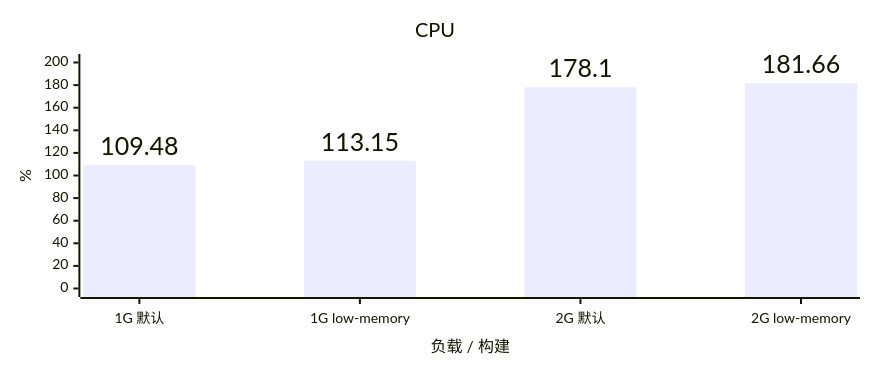
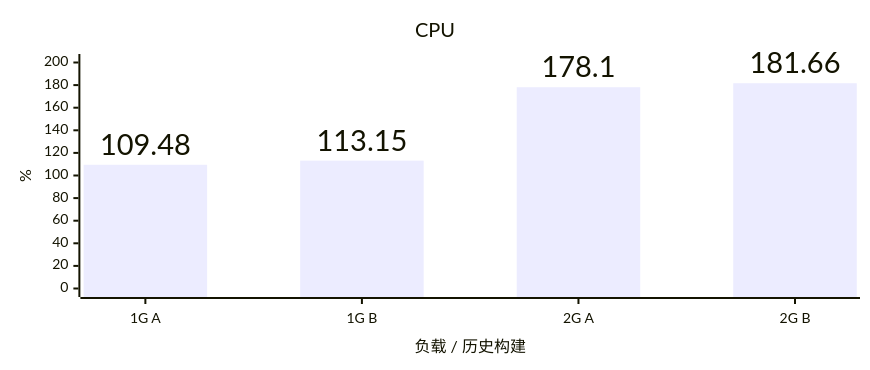
One commit to YuanDevTeam/Vole changed the second of 4 diagrams in docs/benchmark.md. Above: the diagram before and after it, drawn with Mermaid. The commit also changed other lines of this file and 14 other files, not shown here.

````diff
--- a/docs/benchmark.md
+++ b/docs/benchmark.md
@@ -31,15 +31,15 @@
 ```mermaid
 ---
 config:
   xyChart:
     width: 850
     height: 350
     showDataLabel: true
     showDataLabelOutsideBar: true
 ---
 xychart
     title "CPU"
-    x-axis "负载 / 构建" ["1G 默认", "1G low-memory", "2G 默认", "2G low-memory"]
+    x-axis "负载 / 历史构建" ["1G A", "1G B", "2G A", "2G B"]
     y-axis "%" 0 --> 200
     bar [109.48, 113.15, 178.10, 181.66]
 ```
````
